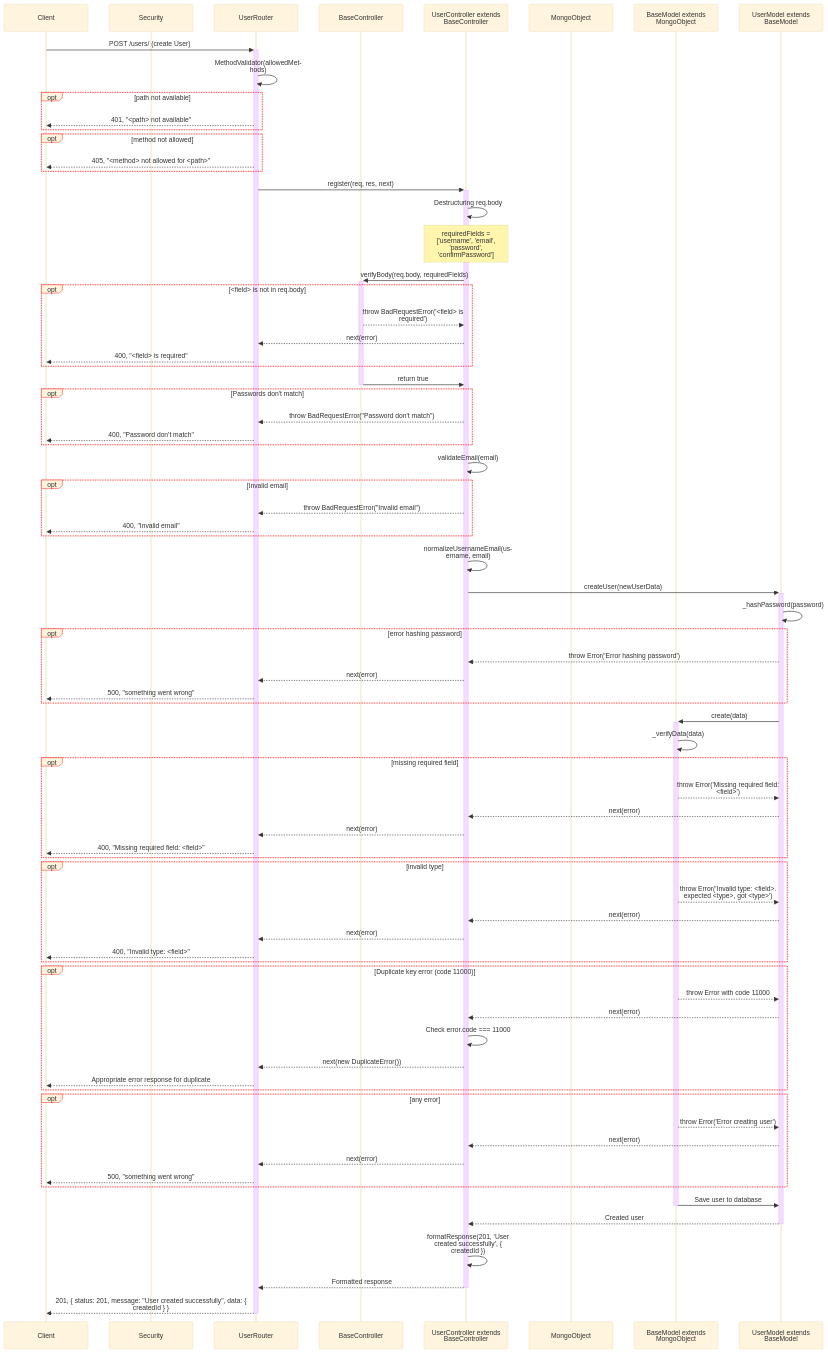
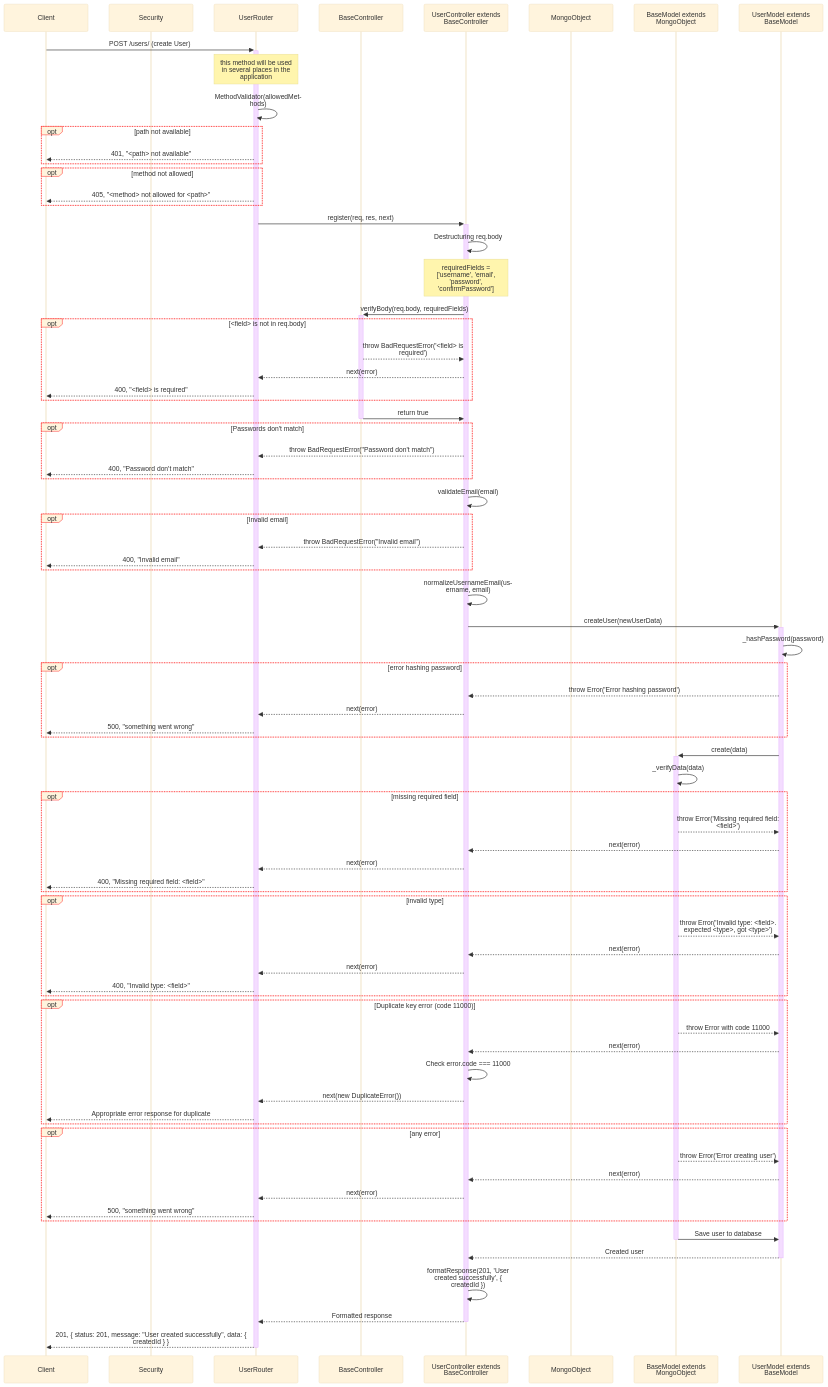
One commit to SawatKia/WealthTracking changed the diagram in design/newClassesDesign/UserManagement/create.mmd. Above: the diagram before and after it, drawn with Mermaid. The commit also changed 3 other files, not shown here.

```diff
--- a/design/newClassesDesign/UserManagement/create.mmd
+++ b/design/newClassesDesign/UserManagement/create.mmd
@@ -1,91 +1,92 @@
 %%{
     init: {
         "theme":"base",
         "themeVariables": {
             "fontFamily": "system-ui",
             'labelBoxBorderColor': '#ff0000'
         },
         "sequence": { 
             "wrap": true, 
             "width": 200 
         } 
     }
 }%%
 sequenceDiagram
     participant Client
     participant Sec as Security
     participant Router as UserRouter
     participant BaseCont as BaseController
     participant Cont as UserController extends BaseController
     participant MongoObject as MongoObject
     participant BaseModel as BaseModel extends MongoObject
     participant Model as UserModel extends BaseModel
 
     %% Create User
     Client->>+Router: POST /users/ (create User)
+    Note over Router: this method will be used in several places in the application
     Router->>Router: MethodValidator(allowedMethods)
     opt path not available
         Router-->>Client: 401, "<path> not available"
     end
     opt method not allowed
         Router-->>Client: 405, "<method> not allowed for <path>"
     end
     Router->>+Cont: register(req, res, next)
     Cont->>Cont: Destructuring req.body
     Note over Cont: requiredFields = ['username', 'email', 'password', 'confirmPassword']
     Cont->>+BaseCont: verifyBody(req.body, requiredFields)
     opt <field> is not in req.body
         BaseCont-->>Cont: throw BadRequestError('<field> is required')
         Cont-->>Router: next(error)
         Router-->>Client: 400, "<field> is required"
     end
     BaseCont->>-Cont: return true
     opt Passwords don't match
         Cont-->>Router: throw BadRequestError("Password don't match")
         Router-->>Client: 400, "Password don't match"
     end
     Cont->>Cont: validateEmail(email)
     opt Invalid email
         Cont-->>Router: throw BadRequestError("Invalid email")
         Router-->>Client: 400, "Invalid email"
     end
     Cont->>Cont: normalizeUsernameEmail(username, email)
     Cont->>+Model: createUser(newUserData)
     Model->>Model: _hashPassword(password)
     opt error hashing password
         Model-->>Cont: throw Error('Error hashing password')
         Cont-->>Router: next(error)
         Router-->>Client: 500, "something went wrong"
     end
     Model->>+BaseModel: create(data)
     BaseModel->>BaseModel: _verifyData(data)
     opt missing required field
         BaseModel-->>Model: throw Error('Missing required field: <field>')
         Model-->>Cont: next(error)
         Cont-->>Router: next(error)
         Router-->>Client: 400, "Missing required field: <field>"
     end
     opt invalid type
         BaseModel-->>Model: throw Error('Invalid type: <field>. expected <type>, got <type>')
         Model-->>Cont: next(error)
         Cont-->>Router: next(error)
         Router-->>Client: 400, "Invalid type: <field>"
     end
     opt Duplicate key error (code 11000)
         BaseModel-->>Model: throw Error with code 11000
         Model-->>Cont: next(error)
         Cont->>Cont: Check error.code === 11000
         Cont-->>Router: next(new DuplicateError())
         Router-->>Client: Appropriate error response for duplicate
     end
     opt any error
         BaseModel-->>Model: throw Error('Error creating user')
         Model-->>Cont: next(error)
         Cont-->>Router: next(error)
         Router-->>Client: 500, "something went wrong" 
     end
     BaseModel->>-Model: Save user to database
     Model-->>-Cont: Created user
     Cont->>Cont: formatResponse(201, 'User created successfully', { createdId })
     Cont-->>-Router: Formatted response
     Router-->>-Client: 201, { status: 201, message: "User created successfully", data: { createdId } }
```
